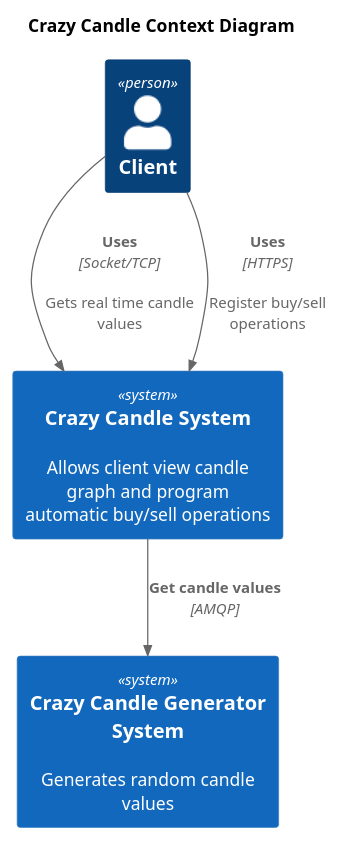
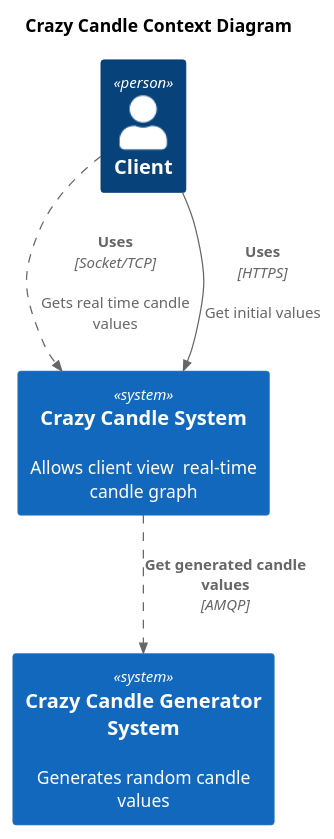
The diagram in docs/context.puml (ruancaetano/crazy-candle-simulator), drawn with PlantUML before and after one commit. The commit also changed 5 other files, not shown here.

```diff
--- a/docs/context.puml
+++ b/docs/context.puml
@@ -1,19 +1,21 @@
 @startuml crazy candle simulator
 
 !include https://raw.githubusercontent.com/plantuml-stdlib/C4-PlantUML/master/C4_Context.puml
+
+AddRelTag("async", $lineStyle = DashedLine())
 
 title "Crazy Candle Context Diagram"
 
 
 Person(client, "Client")
 
-System(candle_system, "Crazy Candle System", "Allows client view candle graph and program automatic buy/sell operations")
+System(candle_system, "Crazy Candle System", "Allows client view  real-time candle graph")
 System(candle_generator_system, "Crazy Candle Generator System", "Generates random candle values")
 
 
-Rel(client, candle_system, "Uses", "Socket/TCP", "Gets real time candle values")
-Rel(client, candle_system, "Uses", "HTTPS", "Register buy/sell operations")
+Rel(client, candle_system, "Uses", "Socket/TCP", "Gets real time candle values", $tags = "async")
+Rel(client, candle_system, "Uses", "HTTPS", "Get initial values")
 
-Rel(candle_system, candle_generator_system, "Get candle values", "AMQP",)
+Rel(candle_system, candle_generator_system, "Get generated candle values", "AMQP", $tags = "async")
 
 @enduml
```
